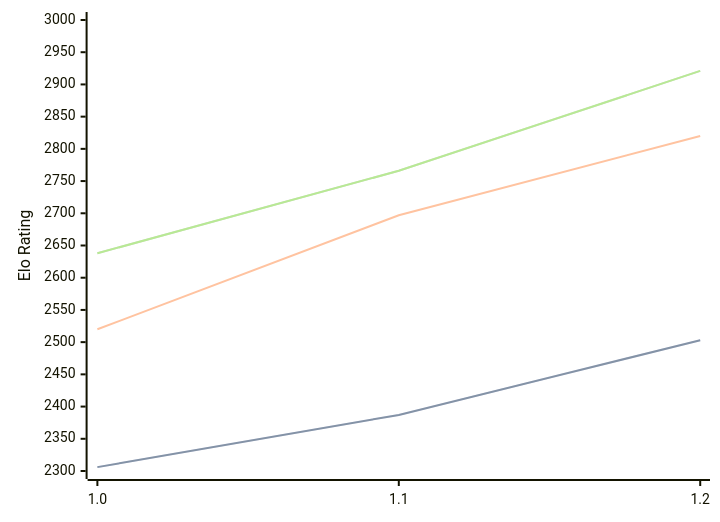
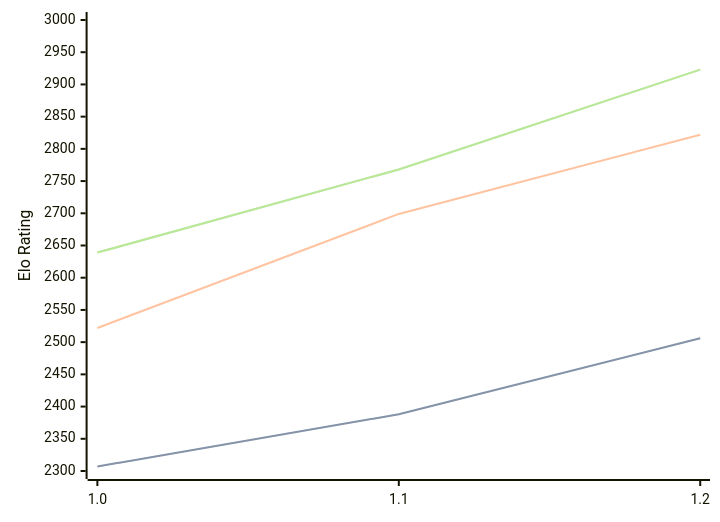
The diagram in engines/FoxChess.md (computer-chess-index/cci), drawn with Mermaid before and after one commit. The commit also changed other lines of this file, not shown here.

Commit message:
Update CCI Ratings (ELO VLTC) - 2026-07-24

````diff
--- a/engines/FoxChess.md
+++ b/engines/FoxChess.md
@@ -33,11 +33,11 @@
 ```mermaid
 %%{init: {"theme":"base","themeVariables":{"seriesColors:['#a3a3a3','#222221','#faa371']}}}%%
 xychart-beta
   x-axis ["1.0", "1.1", "1.2"]
   y-axis "Elo Rating" 2300 --> 3000
-  line "STC (8.0+0.08s)" [2306, 2387, 2503]
-  line "STC (8.0+0.08s)" [2306, 2387, 2503]
-  line "LTC (60.0+0.60s)" [2520, 2697, 2820]
-  line "VLTC (2m24s+1.12s)" [2638, 2766, 2921]
-  line "VLTC (2m24s+1.12s)" [2638, 2766, 2921]
+  line "STC (8.0+0.08s)" [2307, 2388, 2506]
+  line "STC (8.0+0.08s)" [2307, 2388, 2506]
+  line "LTC (60.0+0.60s)" [2522, 2699, 2822]
+  line "VLTC (2m24s+1.12s)" [2639, 2768, 2923]
+  line "VLTC (2m24s+1.12s)" [2639, 2768, 2923]
 ```
````
